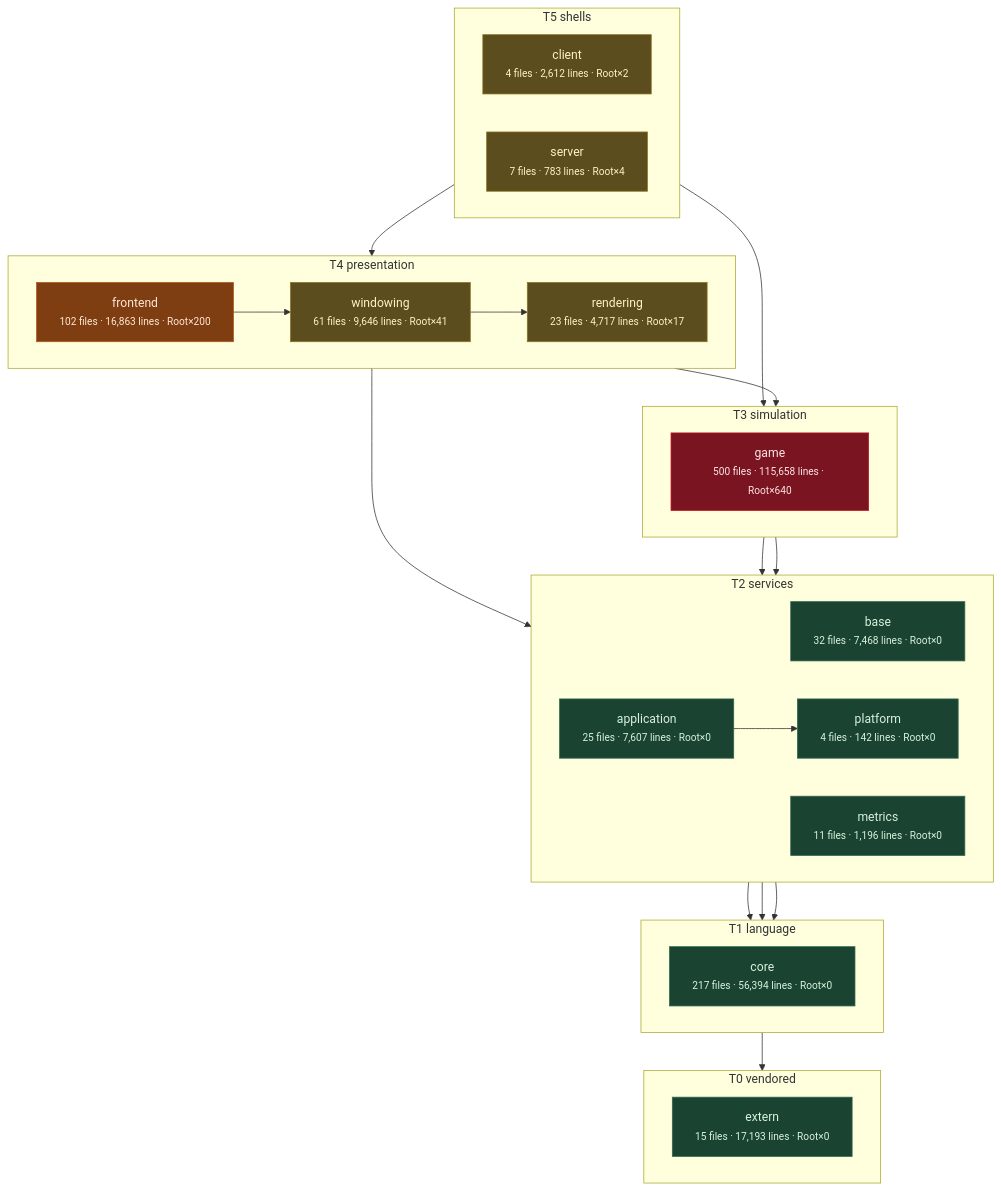
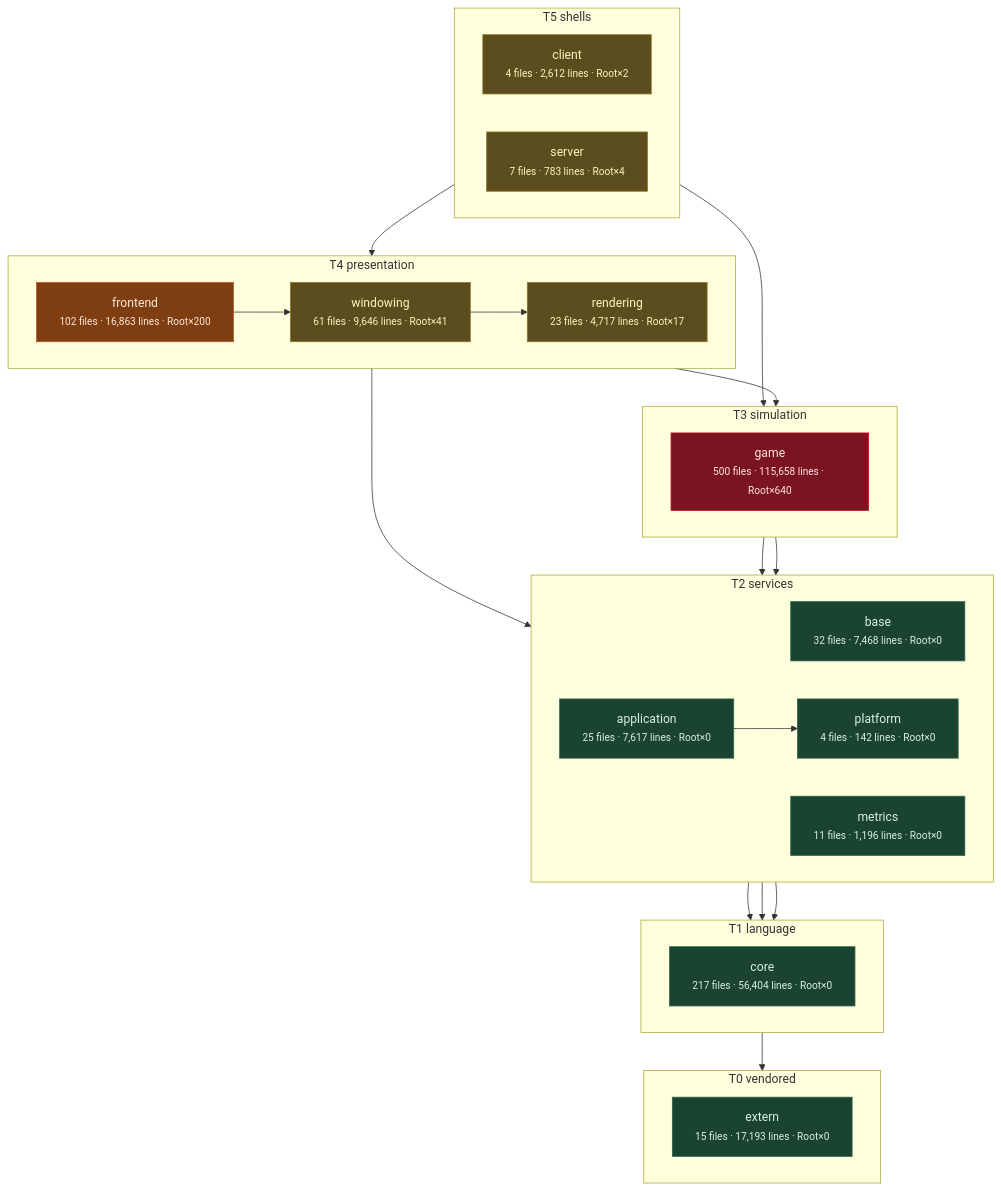
The third of 11 diagrams in docs/architecture/system-boundaries.md (apnex/OpenStarbound), drawn with Mermaid before and after one commit. The commit also changed other lines of this file and 10 other files, not shown here.

````diff
--- a/docs/architecture/system-boundaries.md
+++ b/docs/architecture/system-boundaries.md
@@ -271,54 +271,54 @@
 ```mermaid
 flowchart TD
   subgraph T0["T0 vendored"]
     direction LR
     extern["extern<br/><small>15 files · 17,193 lines · Root×0</small>"]
   end
   subgraph T1["T1 language"]
     direction LR
-    core["core<br/><small>217 files · 56,394 lines · Root×0</small>"]
+    core["core<br/><small>217 files · 56,404 lines · Root×0</small>"]
   end
   subgraph T2["T2 services"]
     direction LR
     base["base<br/><small>32 files · 7,468 lines · Root×0</small>"]
     metrics["metrics<br/><small>11 files · 1,196 lines · Root×0</small>"]
     platform["platform<br/><small>4 files · 142 lines · Root×0</small>"]
-    application["application<br/><small>25 files · 7,607 lines · Root×0</small>"]
+    application["application<br/><small>25 files · 7,617 lines · Root×0</small>"]
   end
   subgraph T3["T3 simulation"]
     direction LR
     game["game<br/><small>500 files · 115,658 lines · Root×640</small>"]
   end
   subgraph T4["T4 presentation"]
     direction LR
     rendering["rendering<br/><small>23 files · 4,717 lines · Root×17</small>"]
     windowing["windowing<br/><small>61 files · 9,646 lines · Root×41</small>"]
     frontend["frontend<br/><small>102 files · 16,863 lines · Root×200</small>"]
   end
   subgraph T5["T5 shells"]
     direction LR
     client["client<br/><small>4 files · 2,612 lines · Root×2</small>"]
     server["server<br/><small>7 files · 783 lines · Root×4</small>"]
   end
   core --> extern
   base --> core
   metrics --> core
   platform --> core
   application --> platform
   game --> base
   game --> platform
   rendering --> application
   rendering --> game
   windowing --> rendering
   frontend --> windowing
   client --> frontend
   server --> game
   classDef clean fill:#1b4332,stroke:#2d6a4f,color:#d8f3dc
   classDef warm  fill:#5c4d1e,stroke:#8a7420,color:#fff3bf
   classDef hot   fill:#7f3e12,stroke:#b5561b,color:#ffe8d6
   classDef blaze fill:#7a1420,stroke:#c1121f,color:#ffe5e5
   class extern,core,base,metrics,platform,application clean
   class rendering,windowing,client,server warm
   class frontend hot
   class game blaze
 ```
````
